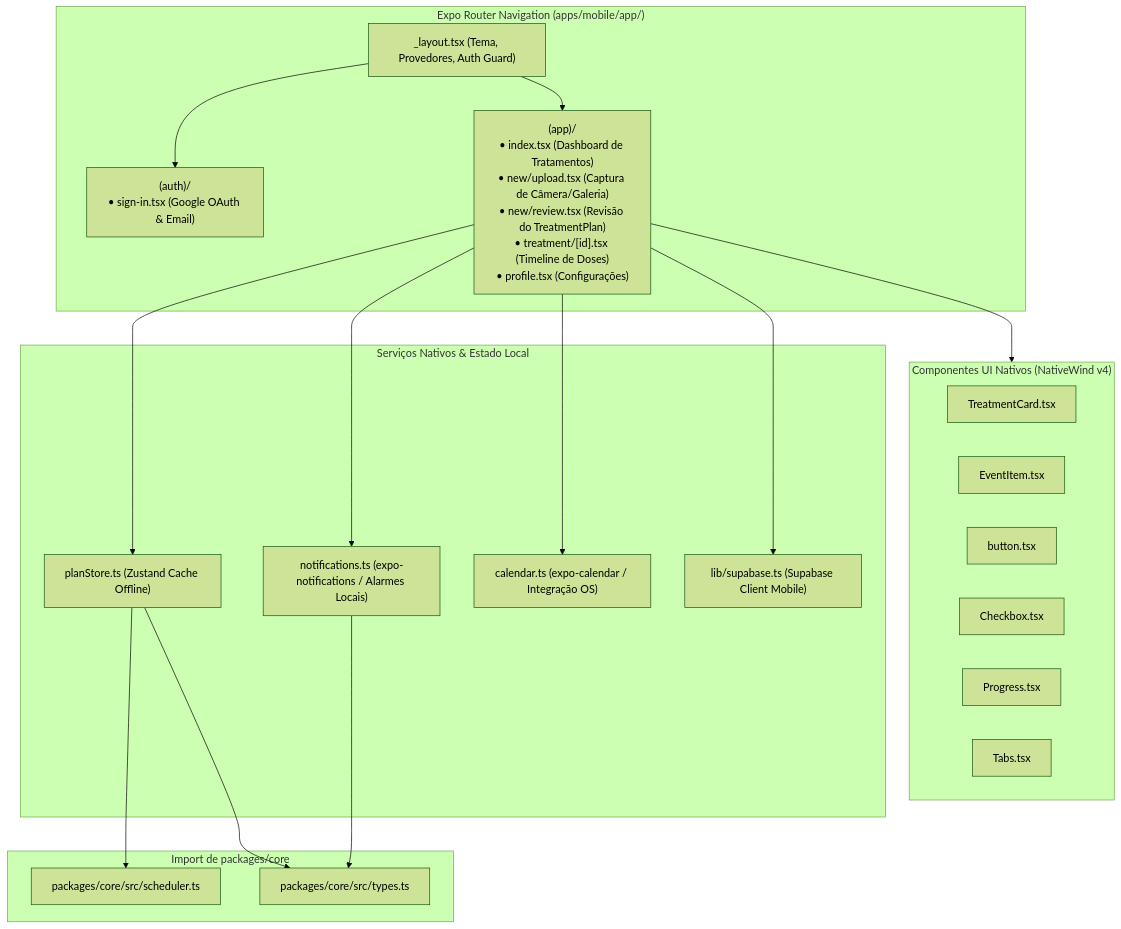
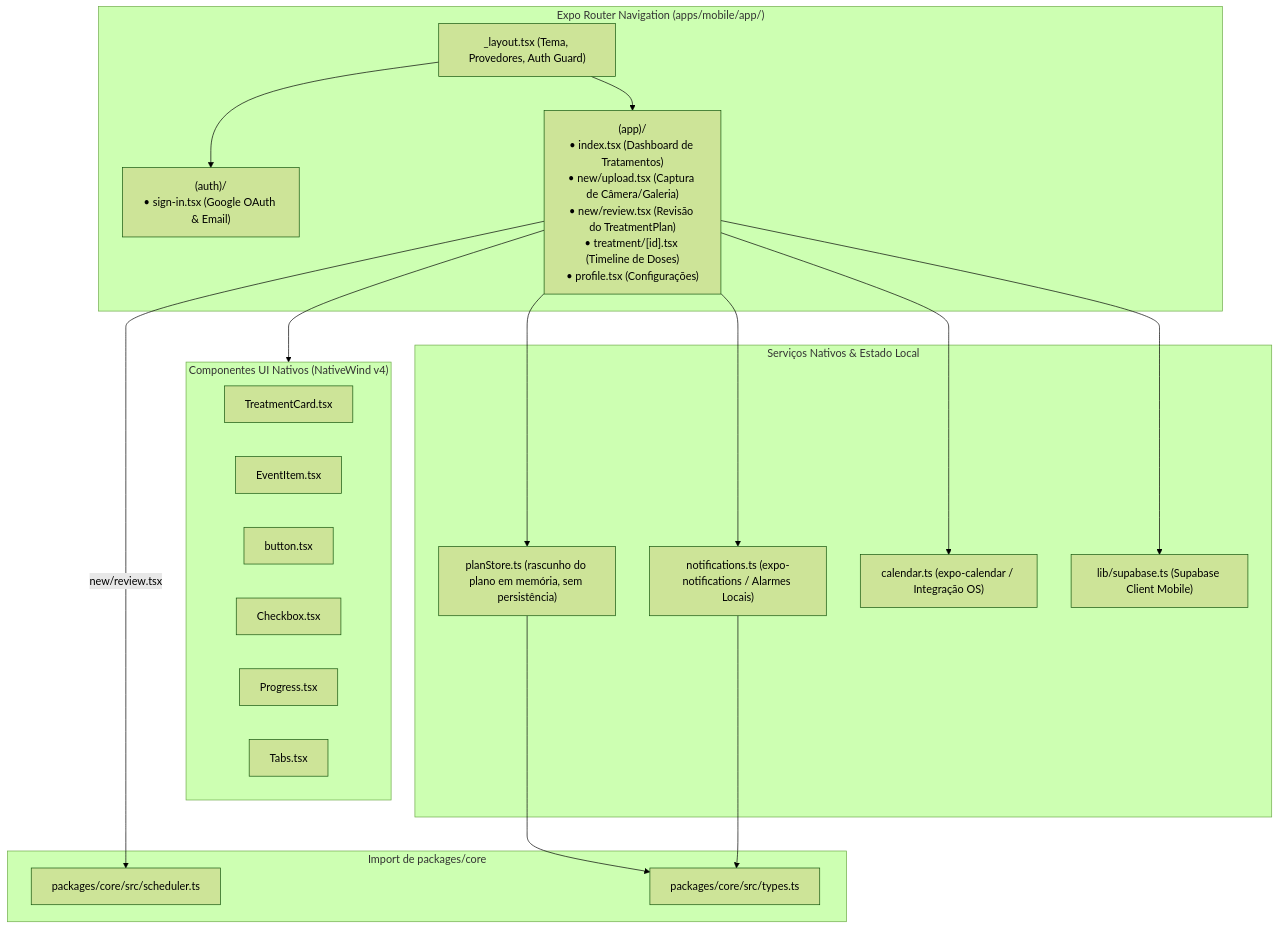
One commit to alessandrolorenz/pill-parse-plan changed the fourth of 9 diagrams in ARCHITECTURE.md. Above: the diagram before and after it, drawn with Mermaid (forest theme). The commit also changed other lines of this file and 21 other files, not shown here.

````diff
--- a/ARCHITECTURE.md
+++ b/ARCHITECTURE.md
@@ -201,43 +204,43 @@
 ```mermaid
 graph TD
     subgraph MobileAppRouter["Expo Router Navigation (apps/mobile/app/)"]
         RootLayout["_layout.tsx (Tema, Provedores, Auth Guard)"]
         AuthGroup["(auth)/<br/>• sign-in.tsx (Google OAuth & Email)"]
         AppGroup["(app)/<br/>• index.tsx (Dashboard de Tratamentos)<br/>• new/upload.tsx (Captura de Câmera/Galeria)<br/>• new/review.tsx (Revisão do TreatmentPlan)<br/>• treatment/[id].tsx (Timeline de Doses)<br/>• profile.tsx (Configurações)"]
     end
 
     subgraph MobileUIComponents["Componentes UI Nativos (NativeWind v4)"]
         MobTreatmentCard["TreatmentCard.tsx"]
         MobEventItem["EventItem.tsx"]
         MobButton["button.tsx"]
         MobCheckbox["Checkbox.tsx"]
         MobProgress["Progress.tsx"]
         MobTabs["Tabs.tsx"]
     end
 
     subgraph MobileServices["Serviços Nativos & Estado Local"]
-        PlanStore["planStore.ts (Zustand Cache Offline)"]
+        PlanStore["planStore.ts (rascunho do plano em memória, sem persistência)"]
         NativeNotifications["notifications.ts (expo-notifications / Alarmes Locais)"]
         NativeCalendar["calendar.ts (expo-calendar / Integração OS)"]
         MobileSupabase["lib/supabase.ts (Supabase Client Mobile)"]
     end
 
     subgraph SharedCoreImport["Import de packages/core"]
         CoreSchedulerMobile["packages/core/src/scheduler.ts"]
         CoreTypesMobile["packages/core/src/types.ts"]
     end
 
     %% Conexões Mobile
     RootLayout --> AuthGroup
     RootLayout --> AppGroup
     AppGroup --> MobileUIComponents
 
     AppGroup --> PlanStore
     AppGroup --> NativeNotifications
     AppGroup --> NativeCalendar
     AppGroup --> MobileSupabase
 
-    PlanStore --> CoreSchedulerMobile
+    AppGroup -->|new/review.tsx| CoreSchedulerMobile
     PlanStore --> CoreTypesMobile
     NativeNotifications --> CoreTypesMobile
 ```
````
